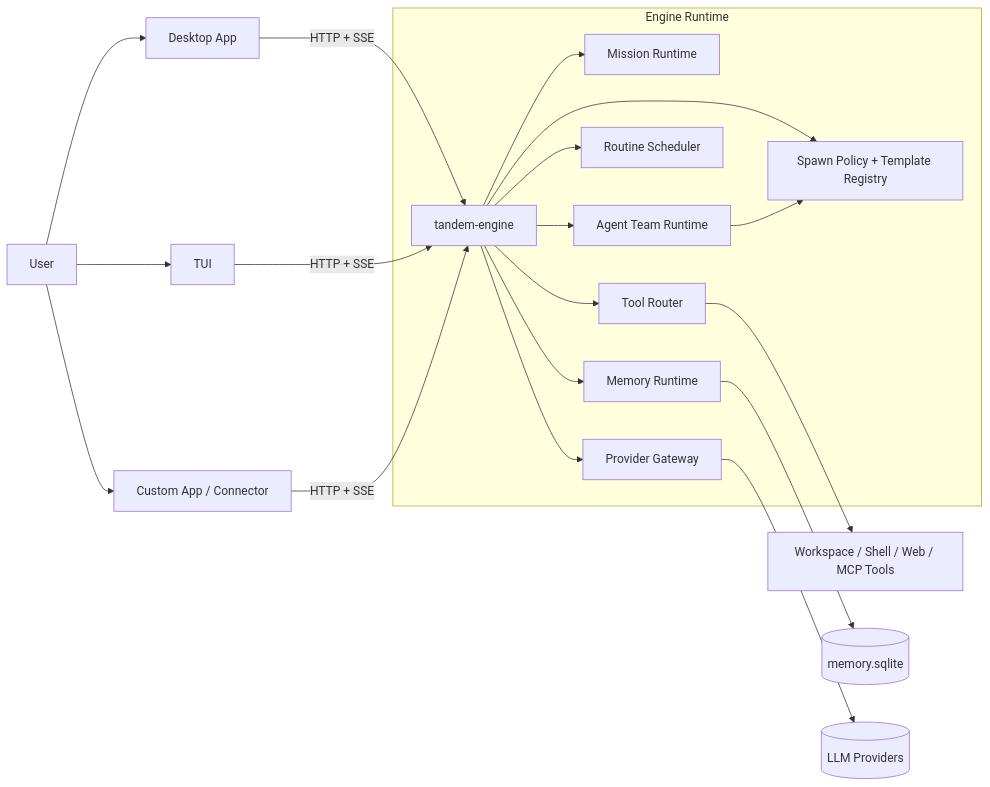
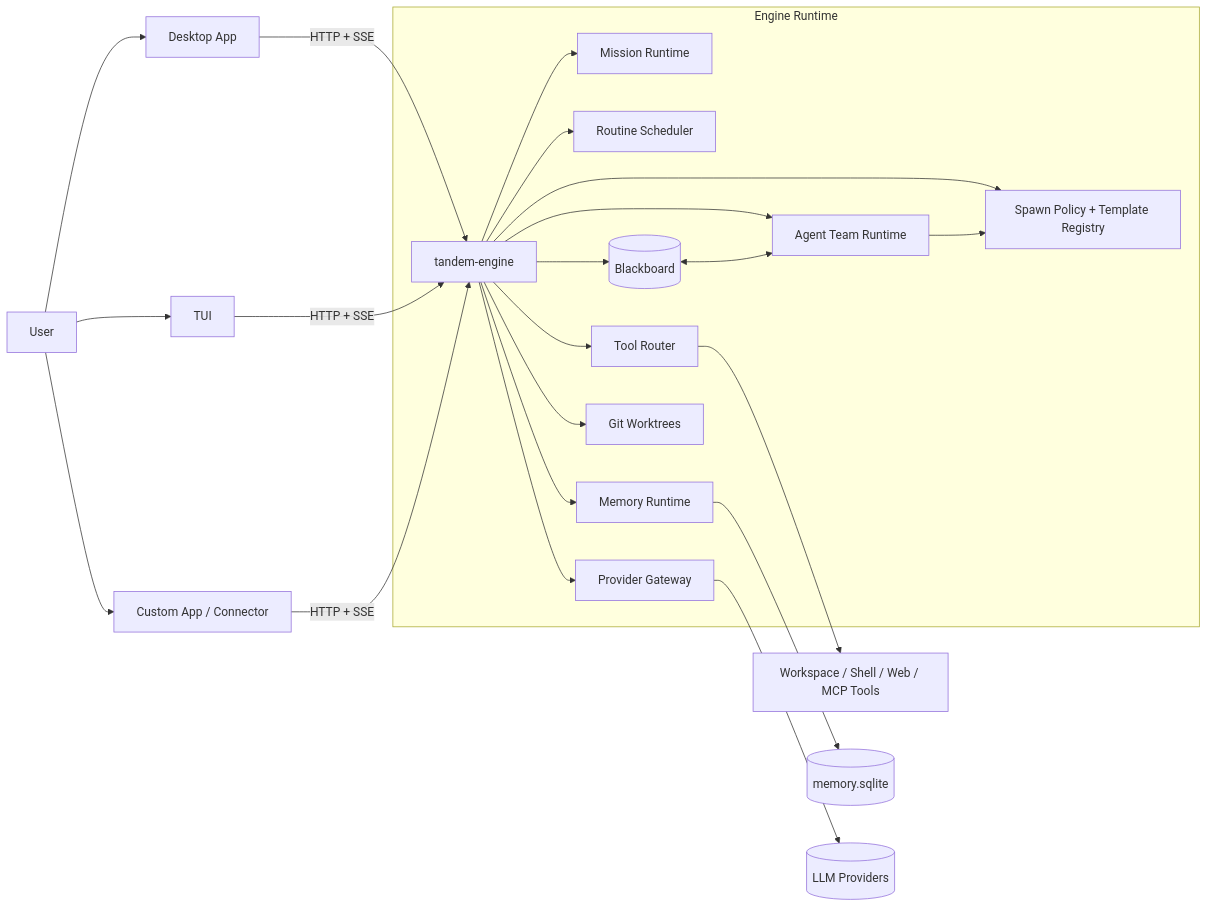
Before and after one commit to frumu-ai/tandem: the first of 3 diagrams in guide/src/content/docs/architecture.md, drawn with Mermaid. The commit also changed 4 other files, not shown here.

Commit message:
chore(docs): update architecture docs to reflect engine-owned runtime paradigm

````diff
--- a/guide/src/content/docs/architecture.md
+++ b/guide/src/content/docs/architecture.md
@@ -9,24 +9,27 @@
 ```mermaid
 flowchart LR
   U[User] --> D[Desktop App]
   U --> T[TUI]
   U --> X[Custom App / Connector]
   D -->|HTTP + SSE| E[tandem-engine]
   T -->|HTTP + SSE| E
   X -->|HTTP + SSE| E
 
   subgraph Engine Runtime
     E --> S[Session + Run APIs]
     E --> M[Mission Runtime]
     E --> AT[Agent Team Runtime]
     E --> R[Routine Scheduler]
     E --> P[Provider Gateway]
     E --> TOOLS[Tool Router]
     E --> MEM[Memory Runtime]
+    E --> BB[(Blackboard)]
+    E --> WT[Git Worktrees]
   end
 
   TOOLS --> FS[Workspace / Shell / Web / MCP Tools]
   AT --> S[Spawn Policy + Template Registry]
   MEM --> DB[(memory.sqlite)]
+  BB <--> AT
   P --> LLM[(LLM Providers)]
 ```
````
